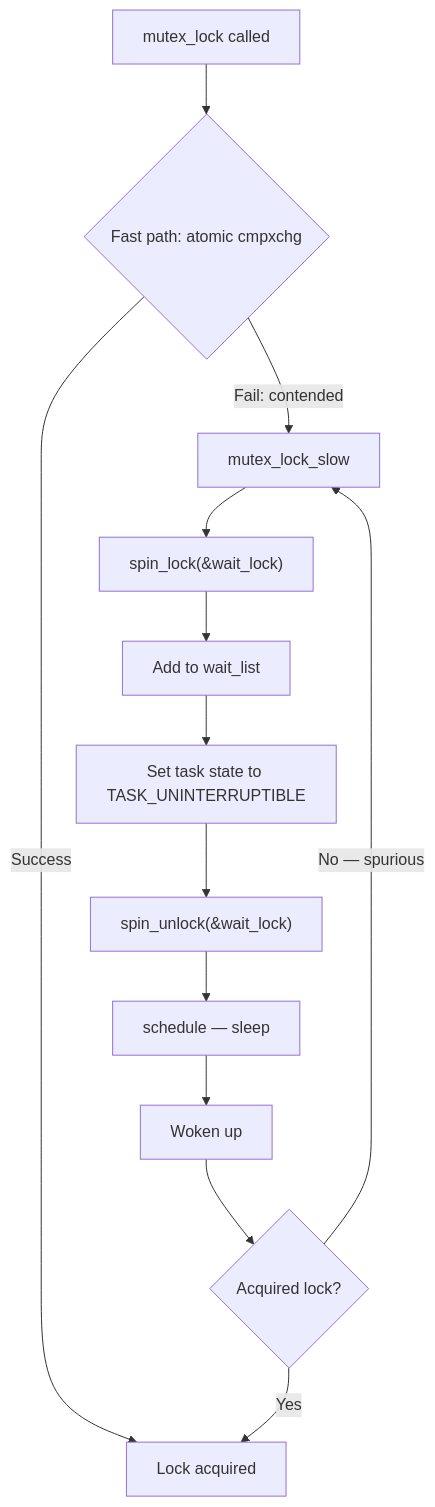
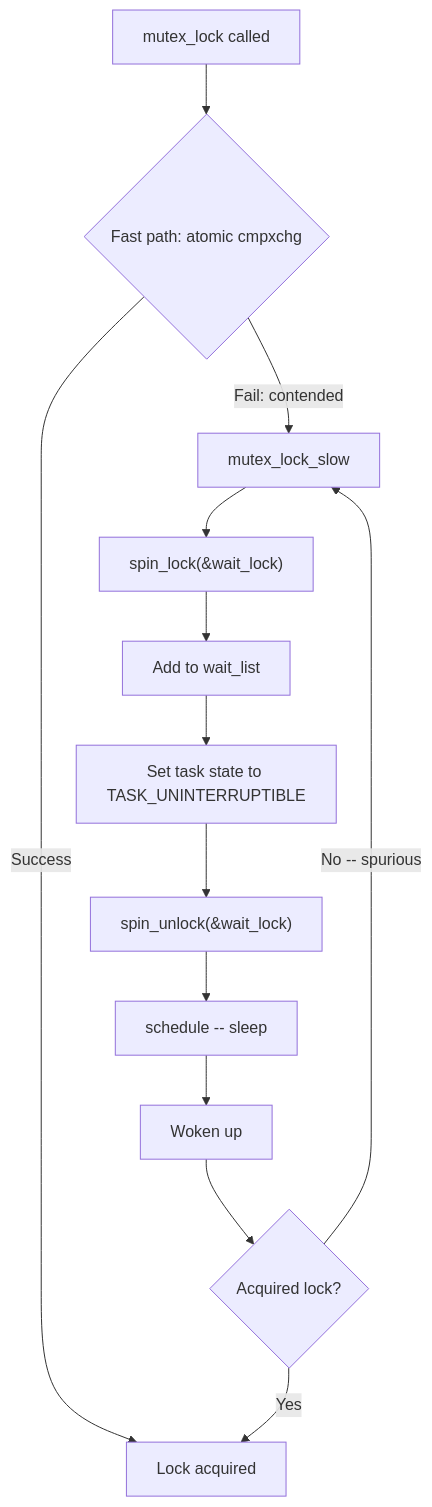
One commit to Abhinav-Kumar012/lb2 changed the first of 3 diagrams in src/kernel/sync/mutexes.md. Above: the diagram before and after it, drawn with Mermaid. The commit also changed other lines of this file and 211 other files, not shown here.

First line of the commit message:
fix: mermaid syntax issues across 212 files

````diff
--- a/src/kernel/sync/mutexes.md
+++ b/src/kernel/sync/mutexes.md
@@ -163,15 +163,15 @@
 ```mermaid
 graph TD
     A[mutex_lock called] --> B{Fast path: atomic cmpxchg}
     B -->|Success| C[Lock acquired]
     B -->|Fail: contended| D[mutex_lock_slow]
-    D --> E["spin_lock(&wait_lock)"]
+    D --> E["spin_lock(&amp;wait_lock)"]
     E --> F[Add to wait_list]
     F --> G[Set task state to TASK_UNINTERRUPTIBLE]
-    G --> H["spin_unlock(&wait_lock)"]
-    H --> I[schedule — sleep]
+    G --> H["spin_unlock(&amp;wait_lock)"]
+    H --> I[schedule -- sleep]
     I --> J[Woken up]
     J --> K{Acquired lock?}
     K -->|Yes| C
-    K -->|No — spurious| D
+    K -->|No -- spurious| D
 ```
````
